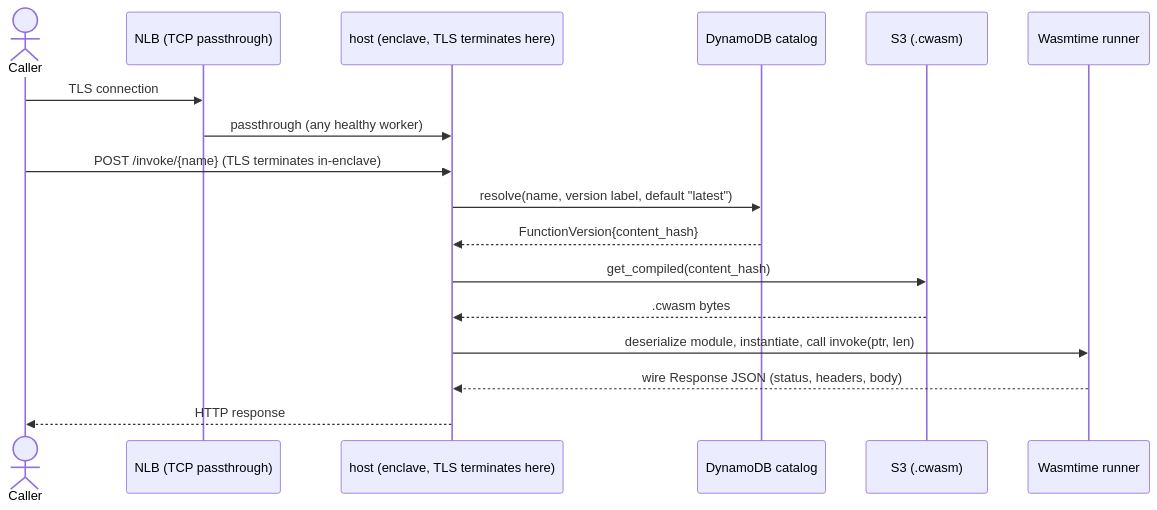
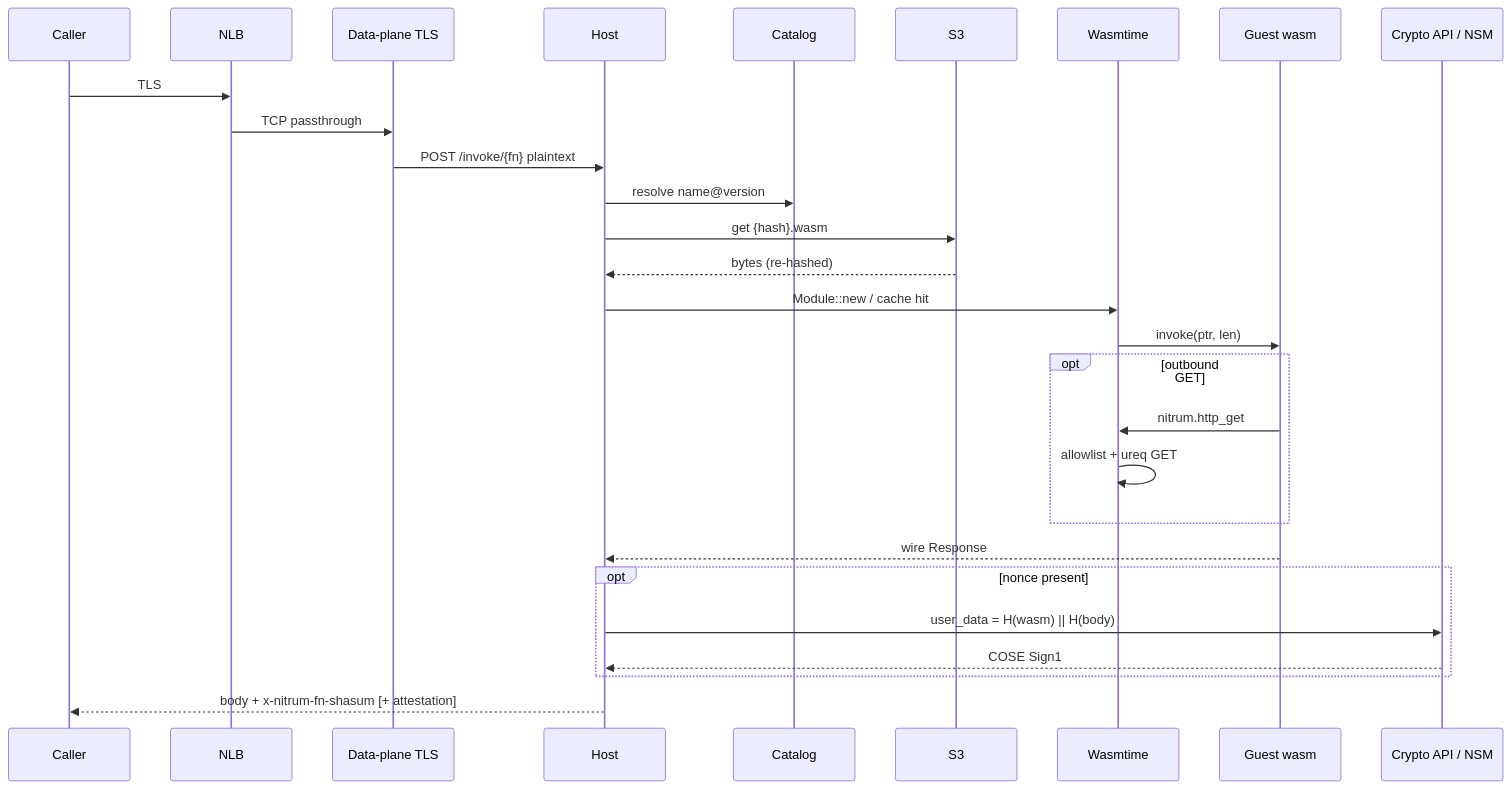
Before and after one commit to matzapata/nitrum-fn: the sixth of 7 diagrams in docs/architecture.md, drawn with Mermaid. The commit also changed other lines of this file and 7 other files, not shown here.

First line of the commit message:
feat(cli): ship prebuilt binaries and document architecture/usage

````diff
--- a/docs/architecture.md
+++ b/docs/architecture.md
@@ -104,20 +332,31 @@
 ```mermaid
 sequenceDiagram
-    actor Caller
-    participant NLB as NLB (TCP passthrough)
-    participant Host as host (enclave, TLS terminates here)
-    participant DDB as DynamoDB catalog
-    participant S3 as S3 (.cwasm)
-    participant Wasmtime as Wasmtime runner
+  participant C as Caller
+  participant NLB
+  participant DP as Data-plane TLS
+  participant H as Host
+  participant Cat as Catalog
+  participant S3
+  participant WT as Wasmtime
+  participant G as Guest wasm
+  participant NSM as Crypto API / NSM
 
-    Caller->>NLB: TLS connection
-    NLB->>Host: passthrough (any healthy worker)
-    Caller->>Host: POST /invoke/{name} (TLS terminates in-enclave)
-    Host->>DDB: resolve(name, version label, default "latest")
-    DDB-->>Host: FunctionVersion{content_hash}
-    Host->>S3: get_compiled(content_hash)
-    S3-->>Host: .cwasm bytes
-    Host->>Wasmtime: deserialize module, instantiate, call invoke(ptr, len)
-    Wasmtime-->>Host: wire Response JSON (status, headers, body)
-    Host-->>Caller: HTTP response
+  C->>NLB: TLS
+  NLB->>DP: TCP passthrough
+  DP->>H: POST /invoke/{fn} plaintext
+  H->>Cat: resolve name@version
+  H->>S3: get {hash}.wasm
+  S3-->>H: bytes (re-hashed)
+  H->>WT: Module::new / cache hit
+  WT->>G: invoke(ptr, len)
+  opt outbound GET
+    G->>WT: nitrum.http_get
+    WT->>WT: allowlist + ureq GET
+  end
+  G-->>H: wire Response
+  opt nonce present
+    H->>NSM: user_data = H(wasm) || H(body)
+    NSM-->>H: COSE Sign1
+  end
+  H-->>C: body + x-nitrum-fn-shasum [+ attestation]
 ```
````
